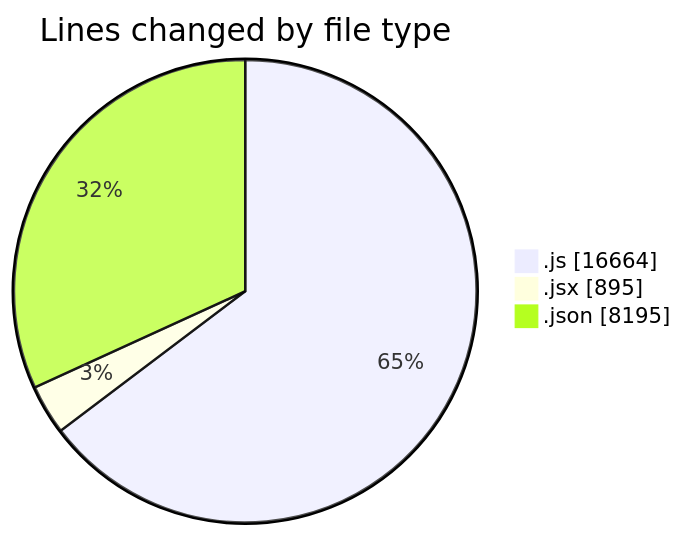
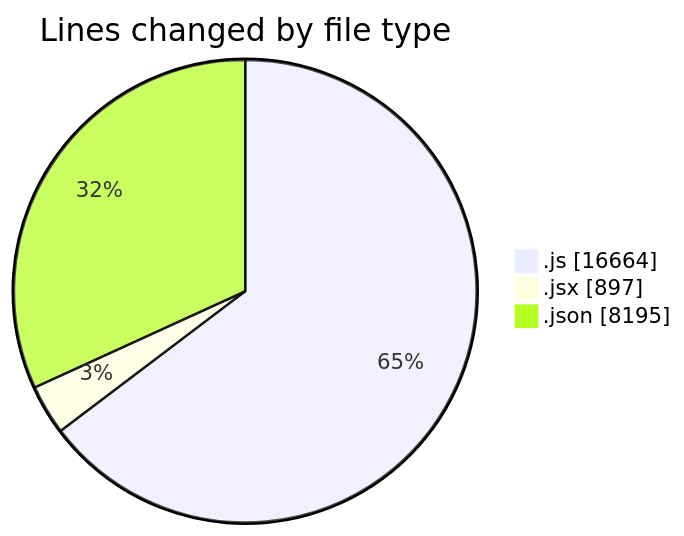
One commit to nxtqubesakshisongat/code-tracking changed the first of 2 diagrams in 2025-12-09/nxtqube_webapp/README.md. Above: the diagram before and after it, drawn with Mermaid. The commit also changed other lines of this file and 1 other file, not shown here.

````diff
--- a/2025-12-09/nxtqube_webapp/README.md
+++ b/2025-12-09/nxtqube_webapp/README.md
@@ -24,7 +24,7 @@
 ```mermaid
 pie showData
 title Lines changed by file type
 ".js" : 16664
-".jsx" : 895
+".jsx" : 897
 ".json" : 8195
 ```
````
